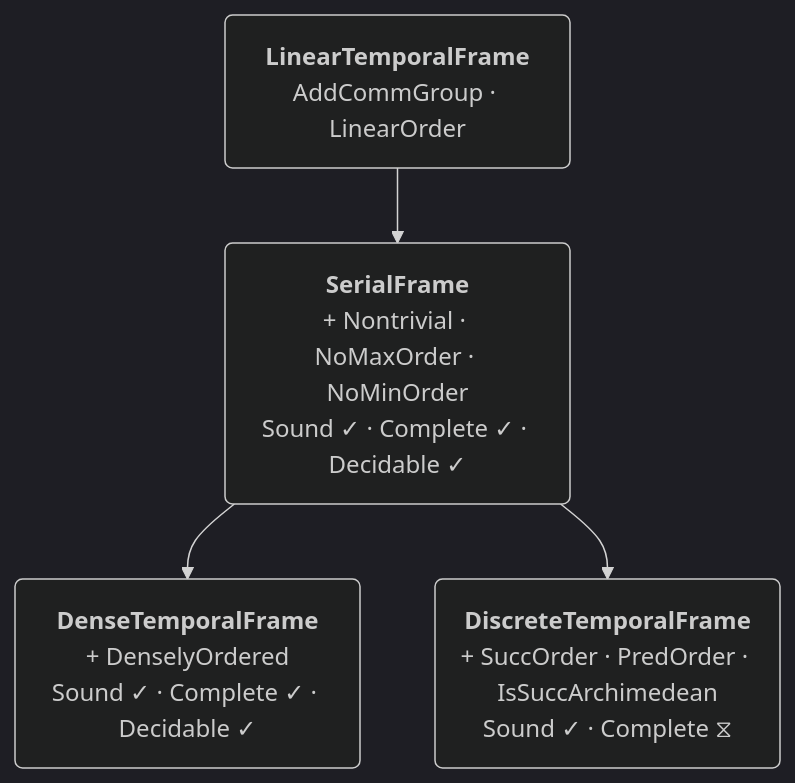
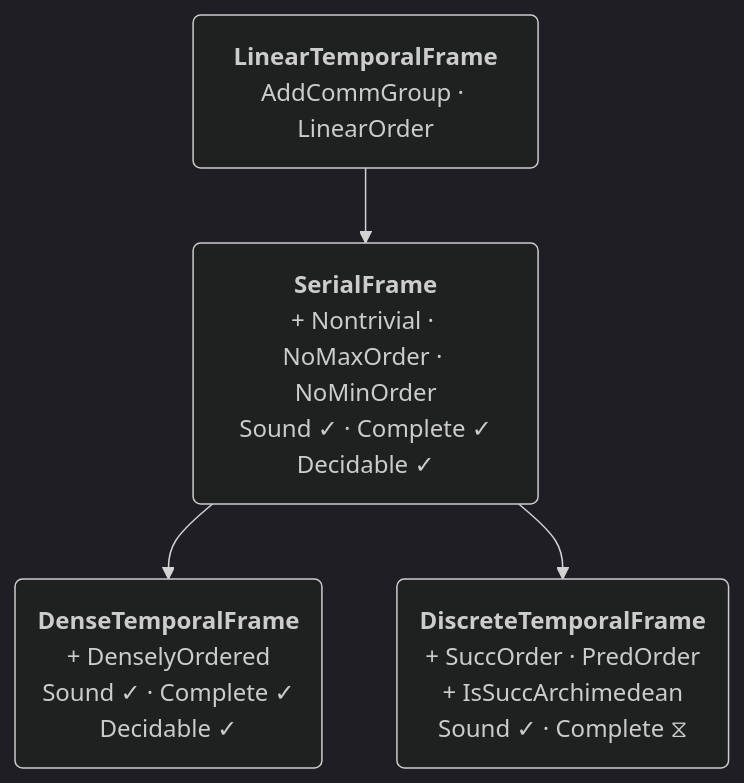
Before and after one commit to benbrastmckie/BimodalLogic: the diagram in README.md, drawn with Mermaid (dark theme).

````diff
--- a/README.md
+++ b/README.md
@@ -120,11 +120,11 @@
 ```mermaid
 graph TD
     L("<b>LinearTemporalFrame</b><br/>AddCommGroup · LinearOrder")
-    S("<b>SerialFrame</b><br/>+ Nontrivial · NoMaxOrder · NoMinOrder<br/>Sound ✓ · Complete ✓ · Decidable ✓")
-    D("<b>DenseTemporalFrame</b><br/>+ DenselyOrdered<br/>Sound ✓ · Complete ✓ · Decidable ✓")
-    Z("<b>DiscreteTemporalFrame</b><br/>+ SuccOrder · PredOrder · IsSuccArchimedean<br/>Sound ✓ · Complete ⧖")
+    S("<b>SerialFrame</b><br/>+ Nontrivial · NoMaxOrder · NoMinOrder<br/>Sound ✓ · Complete ✓<br/>Decidable ✓")
+    D("<b>DenseTemporalFrame</b><br/>+ DenselyOrdered<br/>Sound ✓ · Complete ✓<br/>Decidable ✓")
+    Z("<b>DiscreteTemporalFrame</b><br/>+ SuccOrder · PredOrder<br/>+ IsSuccArchimedean<br/>Sound ✓ · Complete ⧖")
 
     L --> S
     S --> D
     S --> Z
 ```
````
